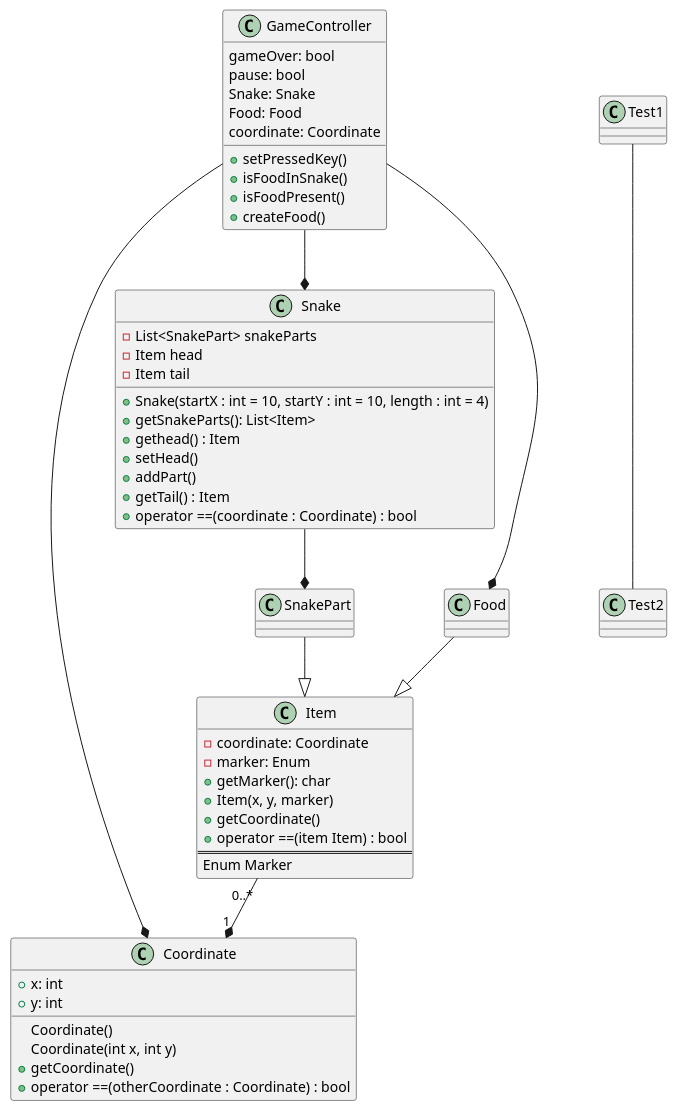
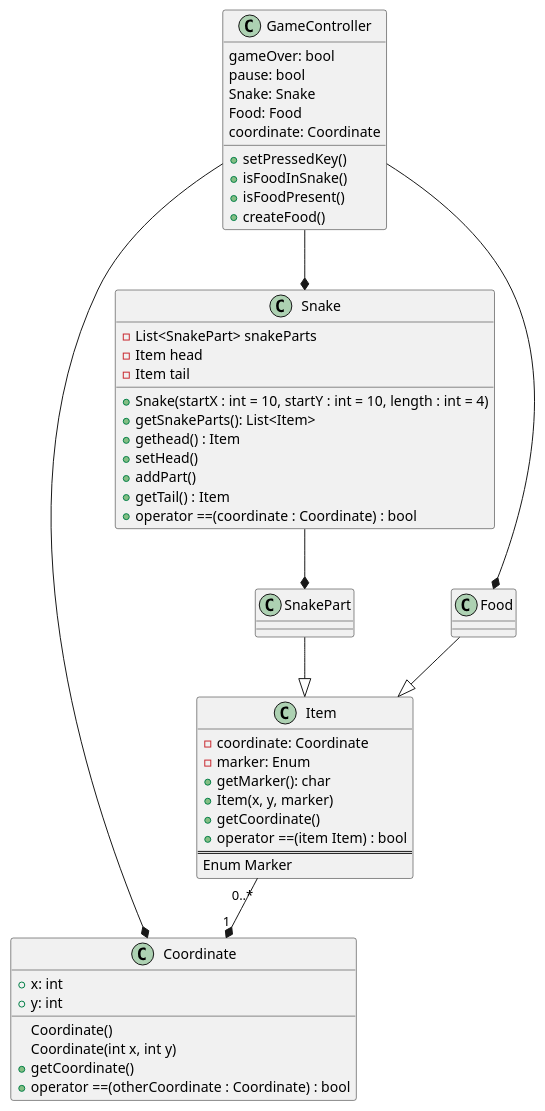
Before and after one commit to AlphonseSantoro/innlevering_arbeidskrav_snakemess: the diagram in SnakeMess/classDiagram.puml, drawn with PlantUML. The commit also changed 3 other files, not shown here.

```diff
--- a/SnakeMess/classDiagram.puml
+++ b/SnakeMess/classDiagram.puml
@@ -1,69 +1,64 @@
 @startuml
 class Coordinate{
     +x: int
     +y: int
     Coordinate()
     Coordinate(int x, int y)
     +getCoordinate()
     +operator ==(otherCoordinate : Coordinate) : bool
 }
 
 
 Item "0..*" --* "1" Coordinate
 class Item {
     -coordinate: Coordinate
     -marker: Enum
     +getMarker(): char
     +Item(x, y, marker)
     +getCoordinate()
     +operator ==(item Item) : bool
     ==
     Enum Marker
 }
 
 SnakePart --|> Item
 class SnakePart{
 }
 
 
 
 Snake --* SnakePart
 class Snake{
 -List<SnakePart> snakeParts
 -Item head
 -Item tail
 
 +Snake(startX : int = 10, startY : int = 10, length : int = 4)
 +getSnakeParts(): List<Item>
 +gethead() : Item
 +setHead()
 +addPart()
 +getTail() : Item
 +operator ==(coordinate : Coordinate) : bool
 }
 
 GameController --* Coordinate
 GameController --* Snake
 GameController --* Food
 class GameController{
 gameOver: bool
 pause: bool
 Snake: Snake
 Food: Food
 coordinate: Coordinate
 +setPressedKey()
 +isFoodInSnake()
 +isFoodPresent()
 +createFood()
 }
 
 Food --|> Item
 class Food{
 }
 
-class Test1
-class Test2
-
-Test1 --- Test2
-
 @enduml
```
